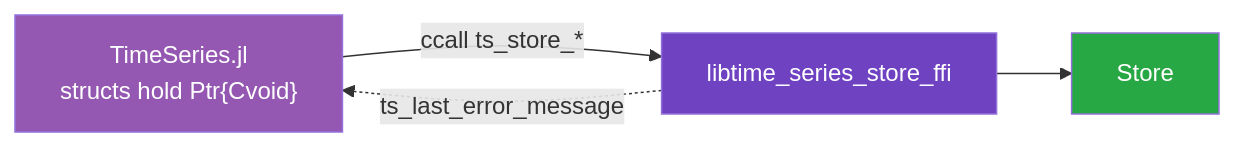
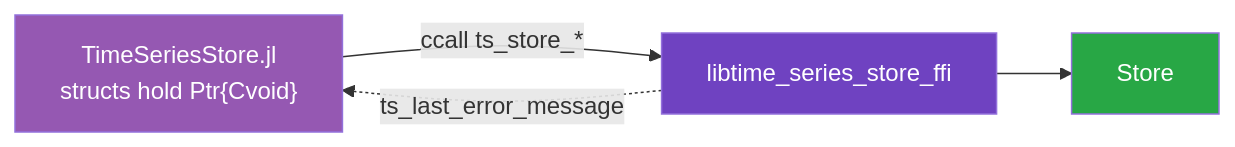
One commit to NatLabRockies/infrastore changed the second of 2 diagrams in docs/src/explanation/bindings.md. Above: the diagram before and after it, drawn with Mermaid. The commit also changed other lines of this file and 21 other files, not shown here.

````diff
--- a/docs/src/explanation/bindings.md
+++ b/docs/src/explanation/bindings.md
@@ -46,10 +47,10 @@
 ```mermaid
 flowchart LR
-    JL["TimeSeries.jl<br/>structs hold Ptr{Cvoid}"] -->|"ccall ts_store_*"| LIB["libtime_series_store_ffi"]
+    JL["TimeSeriesStore.jl<br/>structs hold Ptr{Cvoid}"] -->|"ccall ts_store_*"| LIB["libtime_series_store_ffi"]
     LIB --> STORE["Store"]
     LIB -.->|"ts_last_error_message"| JL
 
     style JL fill:#9558b2,color:#fff
     style LIB fill:#6f42c1,color:#fff
     style STORE fill:#28a745,color:#fff
 ```
````
